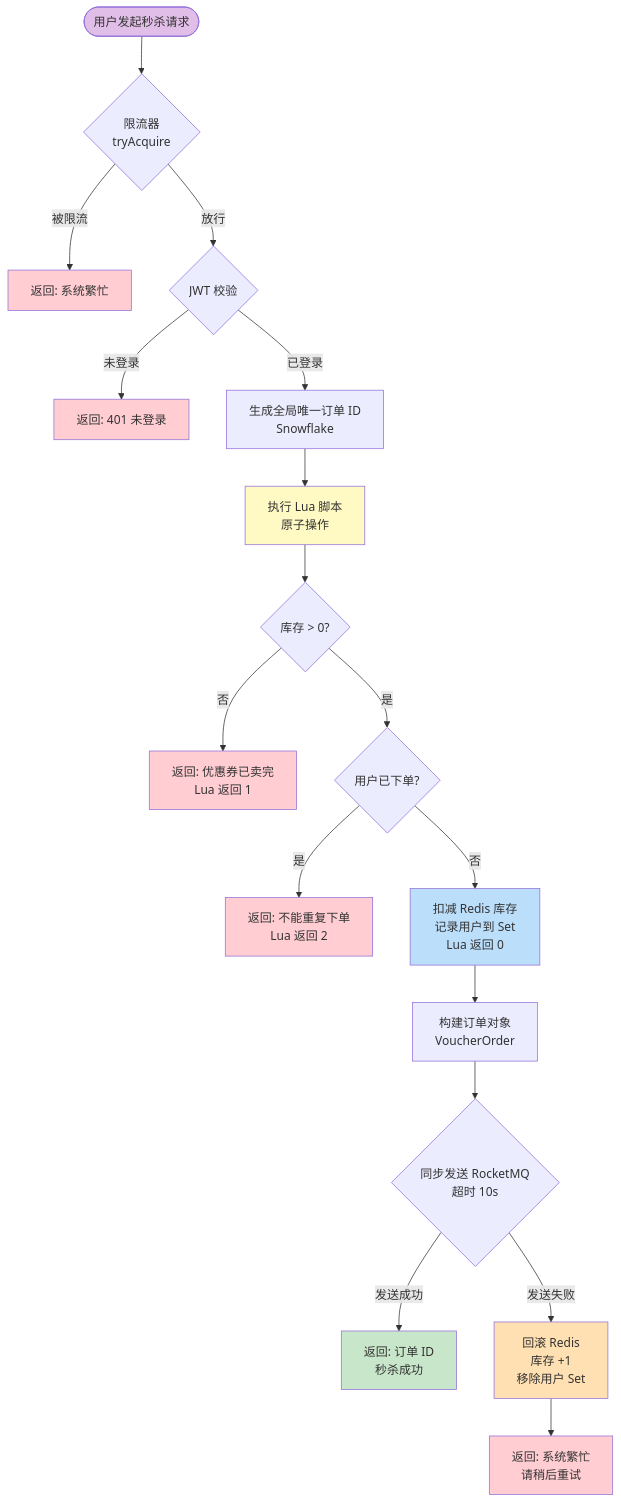
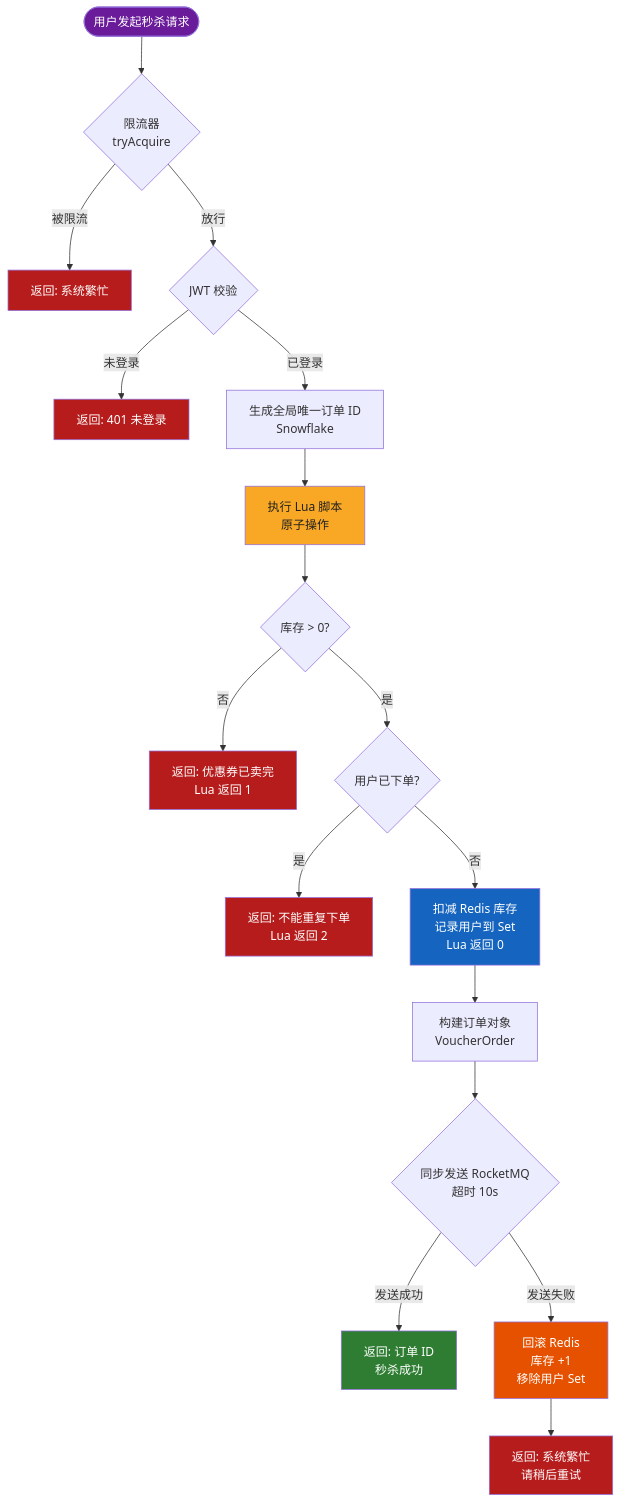
One commit to Shardkiht/FlashDeal changed the second of 3 diagrams in README.md. Above: the diagram before and after it, drawn with Mermaid. The commit also changed other lines of this file, not shown here.

First line of the commit message:
style(docs): 更新 README.md 中的流程图样式配置

````diff
--- a/README.md
+++ b/README.md
@@ -137,32 +137,32 @@
 ```mermaid
 flowchart TD
     START([用户发起秒杀请求]) --> LIMIT{限流器<br/>tryAcquire}
     LIMIT -->|被限流| R1[返回: 系统繁忙]
     LIMIT -->|放行| AUTH{JWT 校验}
     AUTH -->|未登录| R2[返回: 401 未登录]
     AUTH -->|已登录| GEN[生成全局唯一订单 ID<br/>Snowflake]
 
     GEN --> LUA[执行 Lua 脚本<br/>原子操作]
     LUA --> CHECK1{库存 > 0?}
     CHECK1 -->|否| R3[返回: 优惠券已卖完<br/>Lua 返回 1]
     CHECK1 -->|是| CHECK2{用户已下单?}
     CHECK2 -->|是| R4[返回: 不能重复下单<br/>Lua 返回 2]
     CHECK2 -->|否| DECR[扣减 Redis 库存<br/>记录用户到 Set<br/>Lua 返回 0]
 
     DECR --> BUILD[构建订单对象<br/>VoucherOrder]
     BUILD --> MQ{同步发送 RocketMQ<br/>超时 10s}
     MQ -->|发送成功| OK[返回: 订单 ID<br/>秒杀成功]
     MQ -->|发送失败| ROLLBACK[回滚 Redis<br/>库存 +1<br/>移除用户 Set]
     ROLLBACK --> R5[返回: 系统繁忙<br/>请稍后重试]
 
-    style START fill:#e1bee7
-    style OK fill:#c8e6c9
-    style R1 fill:#ffcdd2
-    style R2 fill:#ffcdd2
-    style R3 fill:#ffcdd2
-    style R4 fill:#ffcdd2
-    style R5 fill:#ffcdd2
-    style LUA fill:#fff9c4
-    style DECR fill:#bbdefb
-    style ROLLBACK fill:#ffe0b2
+    style START fill:#6a1b9a,color:#fff
+    style OK fill:#2e7d32,color:#fff
+    style R1 fill:#b71c1c,color:#fff
+    style R2 fill:#b71c1c,color:#fff
+    style R3 fill:#b71c1c,color:#fff
+    style R4 fill:#b71c1c,color:#fff
+    style R5 fill:#b71c1c,color:#fff
+    style LUA fill:#f9a825,color:#212121
+    style DECR fill:#1565c0,color:#fff
+    style ROLLBACK fill:#e65100,color:#fff
 ```
````
